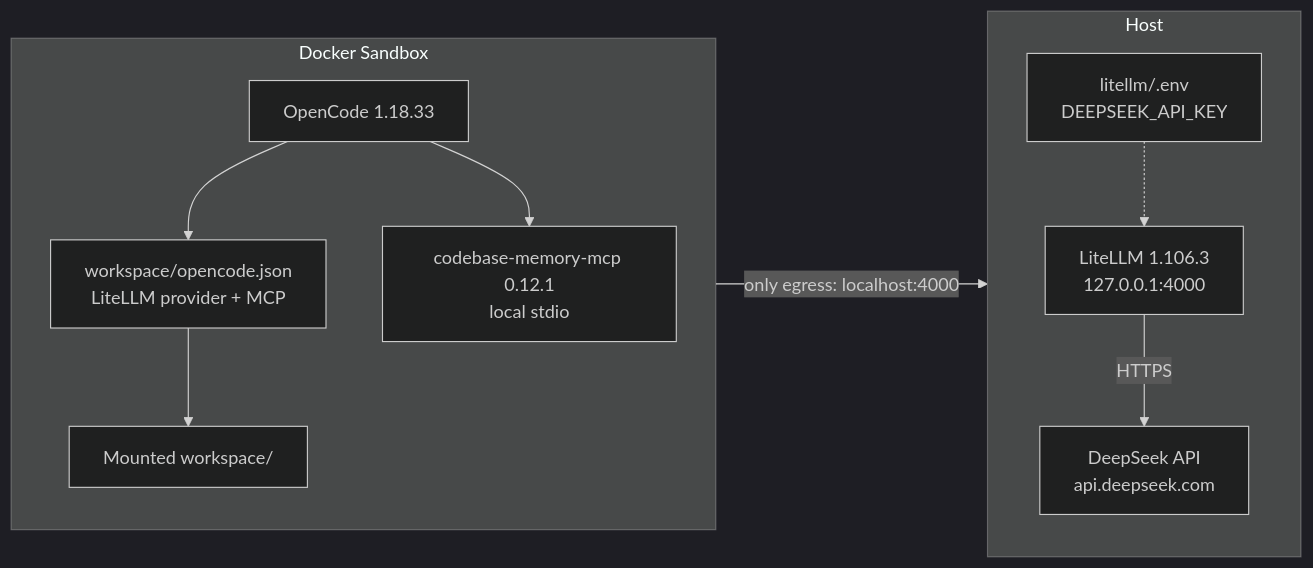
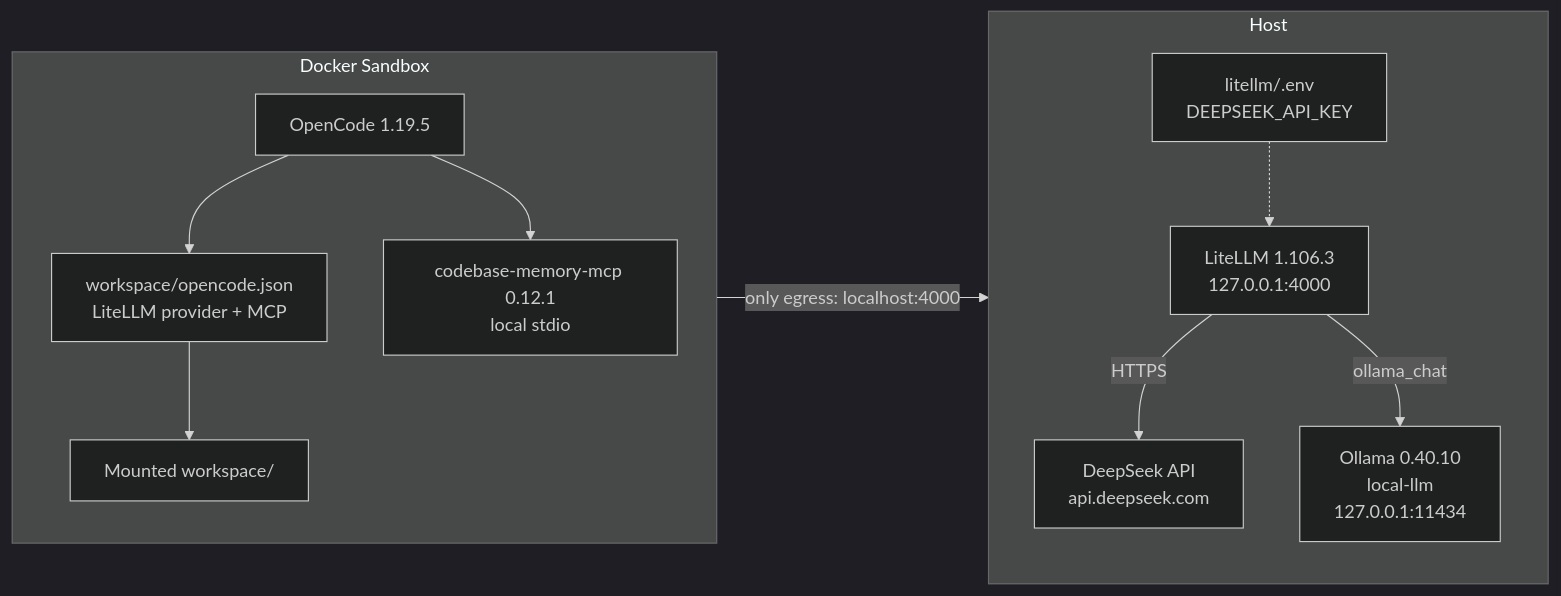
The first of 2 diagrams in README.md (danielgit0/llm-sandbox-environments), drawn with Mermaid (dark theme) before and after one commit. The commit also changed other lines of this file and 2 other files, not shown here.

First line of the commit message:
docs: document local Ollama model and kit 1.19.5

````diff
--- a/README.md
+++ b/README.md
@@ -44,24 +49,26 @@
 ```mermaid
 flowchart LR
     subgraph Host["Host"]
         direction TB
         DeepSeek["DeepSeek API<br/>api.deepseek.com"]
+        Ollama["Ollama 0.40.10<br/>local-llm<br/>127.0.0.1:11434"]
         LiteLLM["LiteLLM 1.106.3<br/>127.0.0.1:4000"]
         Secrets["litellm/.env<br/>DEEPSEEK_API_KEY"]
         LiteLLM -->|"HTTPS"| DeepSeek
+        LiteLLM -->|"ollama_chat"| Ollama
         Secrets -.-> LiteLLM
     end
 
     subgraph Sandbox["Docker Sandbox"]
         direction TB
-        OpenCode["OpenCode 1.18.33"]
+        OpenCode["OpenCode 1.19.5"]
         Config["workspace/opencode.json<br/>LiteLLM provider + MCP"]
         MCP["codebase-memory-mcp 0.12.1<br/>local stdio"]
         Workspace["Mounted workspace/"]
         OpenCode --> Config
         OpenCode --> MCP
         Config --> Workspace
     end
 
     OpenCode -->|"only egress: localhost:4000"| LiteLLM
 ```
````
